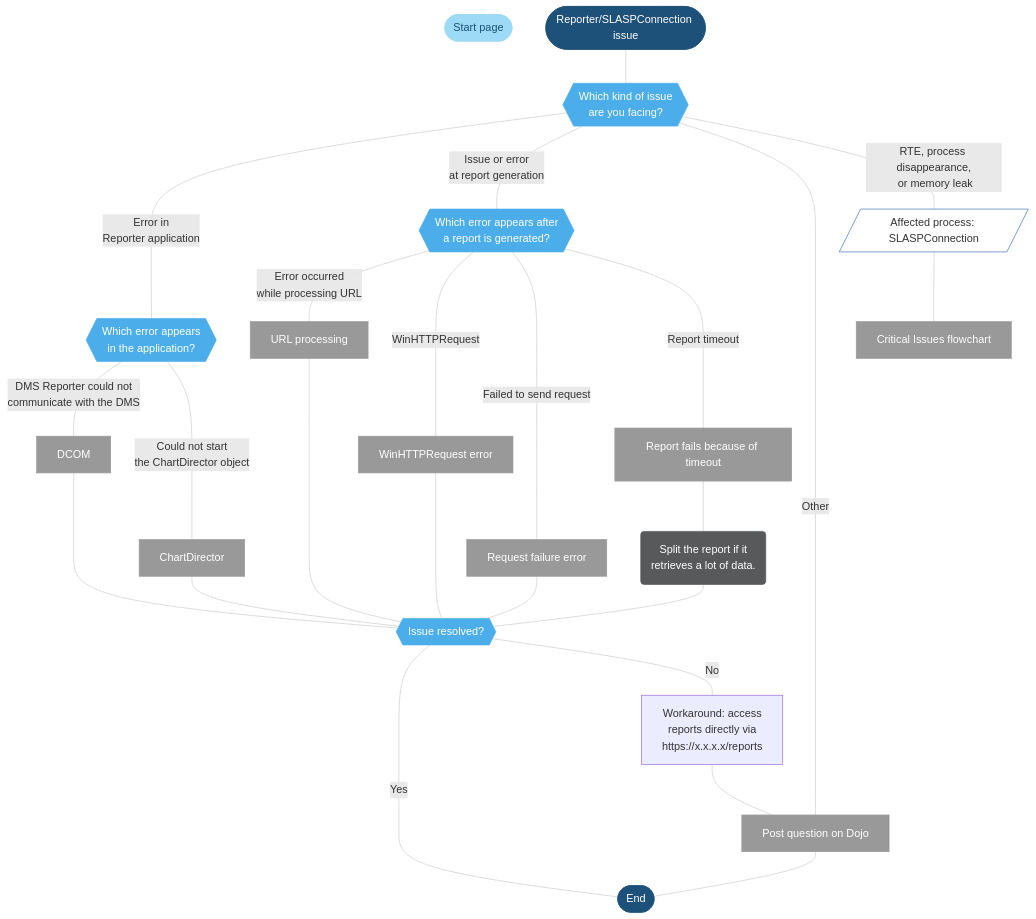
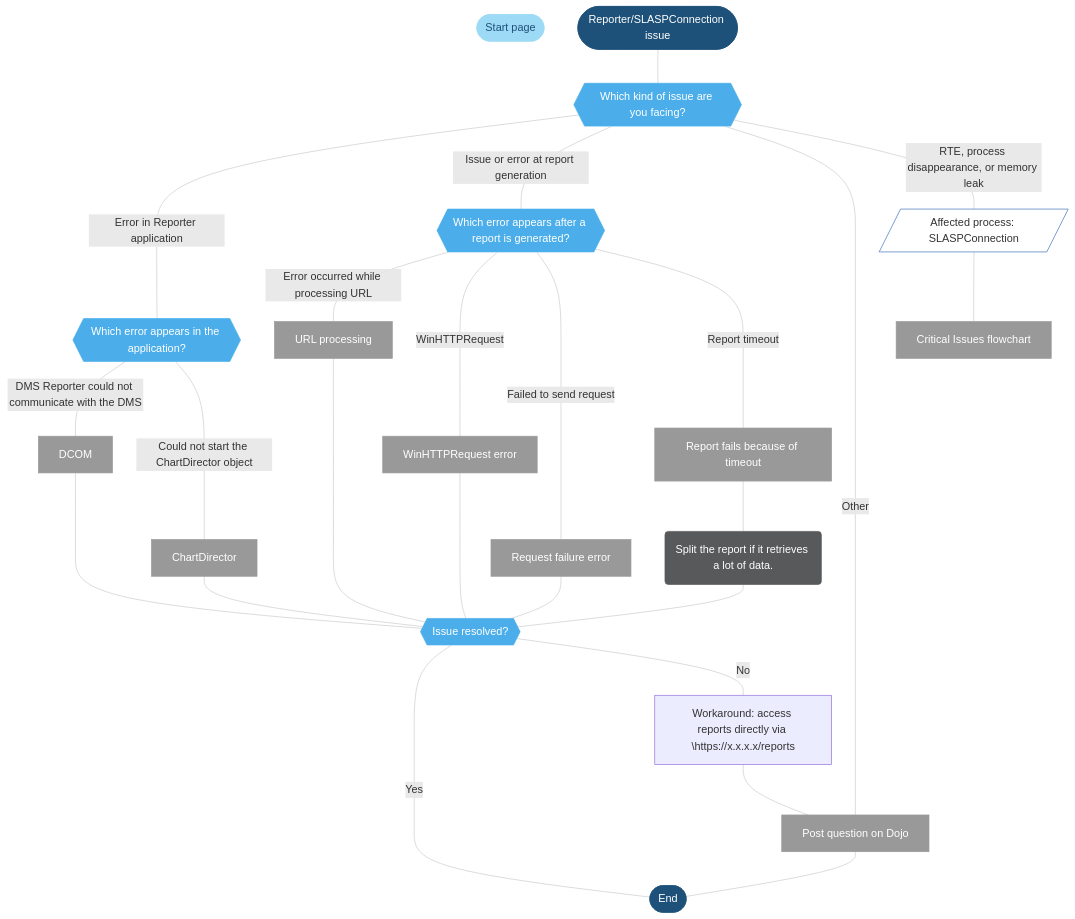
Before and after one commit to SkylineCommunications/dataminer-docs: the diagram in user-guide/Troubleshooting/Troubleshooting_Flowcharts/Troubleshooting_Process_Identification/Other_processes/Troubleshooting_SLASPConnection_exe.md, drawn with Mermaid. The commit also changed 8 other files, not shown here.

````diff
--- a/user-guide/Troubleshooting/Troubleshooting_Flowcharts/Troubleshooting_Process_Identification/Other_processes/Troubleshooting_SLASPConnection_exe.md
+++ b/user-guide/Troubleshooting/Troubleshooting_Flowcharts/Troubleshooting_Process_Identification/Other_processes/Troubleshooting_SLASPConnection_exe.md
@@ -21,73 +21,73 @@
 ```mermaid
 flowchart TD
 %% -------------------------------------------------------------------------
 %% Define styles
 %% -------------------------------------------------------------------------
 linkStyle default stroke:#cccccc
 classDef classDecision fill:#4baeea,stroke:#4baeea,color:#ffffff,stroke-width:1px;
 classDef classExternalRef fill:#9ddaf5,stroke:#9ddaf5,color:#1E5179,stroke-width:1px;
 classDef classActionClickable fill:#999999,stroke:#999999,color:#ffffff,stroke-width:1px;
 classDef classSolution fill:#58595b,stroke:#58595b,color:#ffffff,stroke-width:1px;
 classDef classTerminal fill:#1e5179,stroke:#1e5179,color:#ffffff,stroke-width:1px;
 classDef classStart fill:#008FFF,stroke:#3f70ba,color:#ffffff,stroke-width:1px;
 classDef classInputOutput fill:#ffffff,stroke:#3f70ba,stroke-width:1px;
 %% Define blocks %%
 HOME([Start page])
 Start([Reporter/SLASPConnection issue])
-TypeofIssue{{Which kind of issue<br/>are you facing?}}
-ApplicationError{{Which error appears<br/>in the application?}}
+TypeofIssue{{Which kind of issue are you facing?}}
+ApplicationError{{Which error appears in the application?}}
 Dcom[DCOM]
 ChartDirector[ChartDirector]
-ReportGeneration{{Which error appears after<br/>a report is generated?}}
+ReportGeneration{{Which error appears after a report is generated?}}
 UrlProcessing[URL processing]
 WinHTTPRequest[WinHTTPRequest error]
 RequestFailure[Request failure error]
 TimeoutConfig[Report fails because of timeout]
-ReportTimeout(Split the report if it <br/>retrieves a lot of data.)
+ReportTimeout(Split the report if it retrieves a lot of data.)
 Process[/Affected process: SLASPConnection/]
 RTE[Critical Issues flowchart]
 Other[Post question on Dojo]
 IssueResolved{{Issue resolved?}}
-Workaround[Workaround: access<br/>reports directly via<br/>https://x.x.x.x/reports]
+Workaround[" Workaround: access reports directly via \https://x.x.x.x/reports "]
 End([End])
 %% Connect blocks %%
 Start--- TypeofIssue
-TypeofIssue ---|Error in<br/>Reporter application| ApplicationError
-ApplicationError ---|DMS Reporter could not<br/>communicate with the DMS| Dcom
+TypeofIssue ---|Error in Reporter application| ApplicationError
+ApplicationError ---|DMS Reporter could not communicate with the DMS| Dcom
 Dcom----IssueResolved
-ApplicationError ---|Could not start<br/>the ChartDirector object| ChartDirector
+ApplicationError ---|Could not start the ChartDirector object| ChartDirector
 ChartDirector --- IssueResolved
-TypeofIssue---|Issue or error<br/>at report generation| ReportGeneration
-ReportGeneration---|Error occurred<br/>while processing URL|UrlProcessing
+TypeofIssue---|Issue or error at report generation| ReportGeneration
+ReportGeneration---|Error occurred while processing URL|UrlProcessing
 UrlProcessing-----IssueResolved
 ReportGeneration ---|WinHTTPRequest|WinHTTPRequest
 WinHTTPRequest----IssueResolved
 ReportGeneration ---|Failed to send request|RequestFailure
 RequestFailure---IssueResolved
 ReportGeneration ---|Report timeout|TimeoutConfig
 TimeoutConfig--- ReportTimeout
 ReportTimeout---IssueResolved
 TypeofIssue --- |Other| Other
-TypeofIssue ---|RTE, process disappearance,<br/> or memory leak| Process
+TypeofIssue ---|RTE, process disappearance, or memory leak| Process
 Process---RTE
 IssueResolved--- |Yes|End
 IssueResolved--- |No|Workaround---Other
 Other---End
 %% Define hyperlinks %%
 click HOME "/user-guide/Troubleshooting/Troubleshooting_Flowcharts/Finding_a_Root_Cause.html" "Go to the start page"
 click RTE "/user-guide/Troubleshooting/Troubleshooting_Flowcharts/Troubleshooting_Critical_Issues/Troubleshooting_Critical_Issues_Alarm_Console.html"
 click CRASH "https://community.dataminer.services/ioc-flowchart---crash/" "Crash investigation diagram"
 click Dcom "#how-to-configure-dcom-manually"
 click ChartDirector "#error-could-not-start-the-chartdirector-object"
 click  UrlProcessing "#error-occurred-while-processing-url"
 click  WinHTTPRequest "#error-could-not-create-winhttprequest-object-to-generate-e-mail-reportnot-enough-storage-is-available-to-process-this-command-0x80070008h"
 click  RequestFailure "#error-failed-to-send-request-for-httpsurlreportstemplatesreportnameasp-0x80072f7dh---12157"
 click  Other "https://community.dataminer.services/questions/"
 click TimeoutConfig "#report-timeout"
 class Other,Dcom,ChartDirector,WinHTTPRequest,RequestFailure,UrlProcessing,RTE,TimeoutConfig classActionClickable;
 class TypeofIssue,ApplicationError,ReportGeneration,IssueResolved classDecision;
 class Start,End classTerminal;
 class ReportTimeout classSolution;
 class Process classInputOutput;
 class HOME,BACK classExternalRef;
 ```
````
